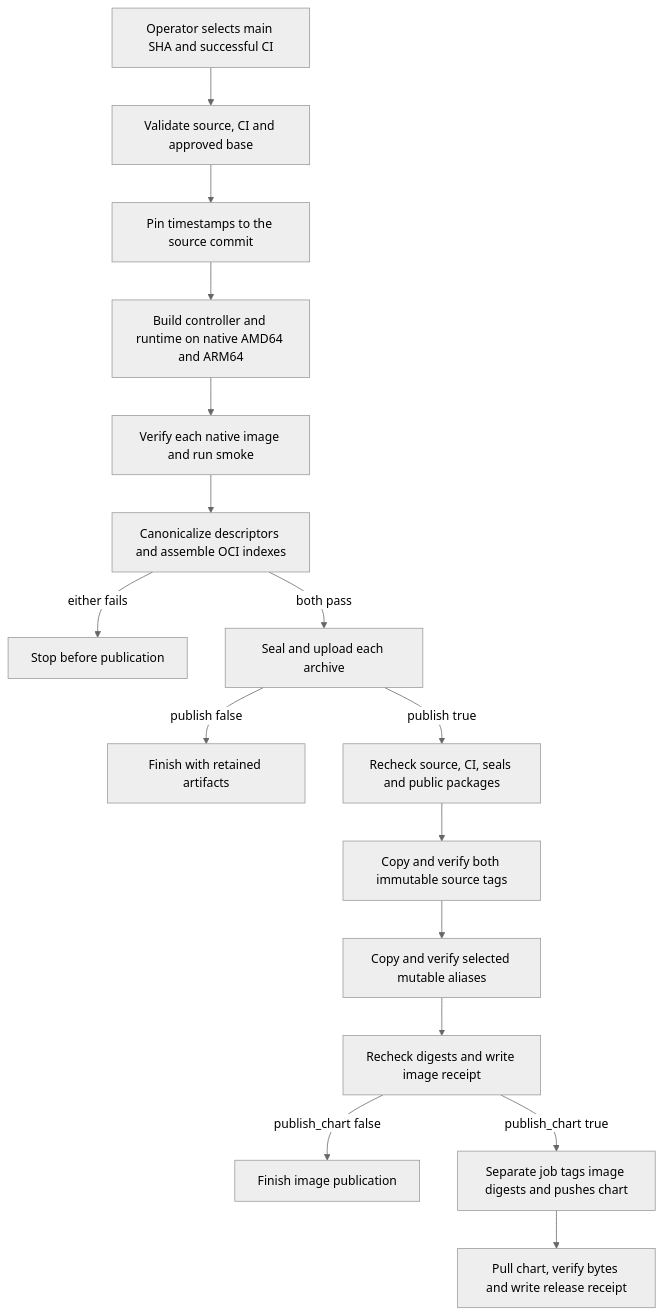
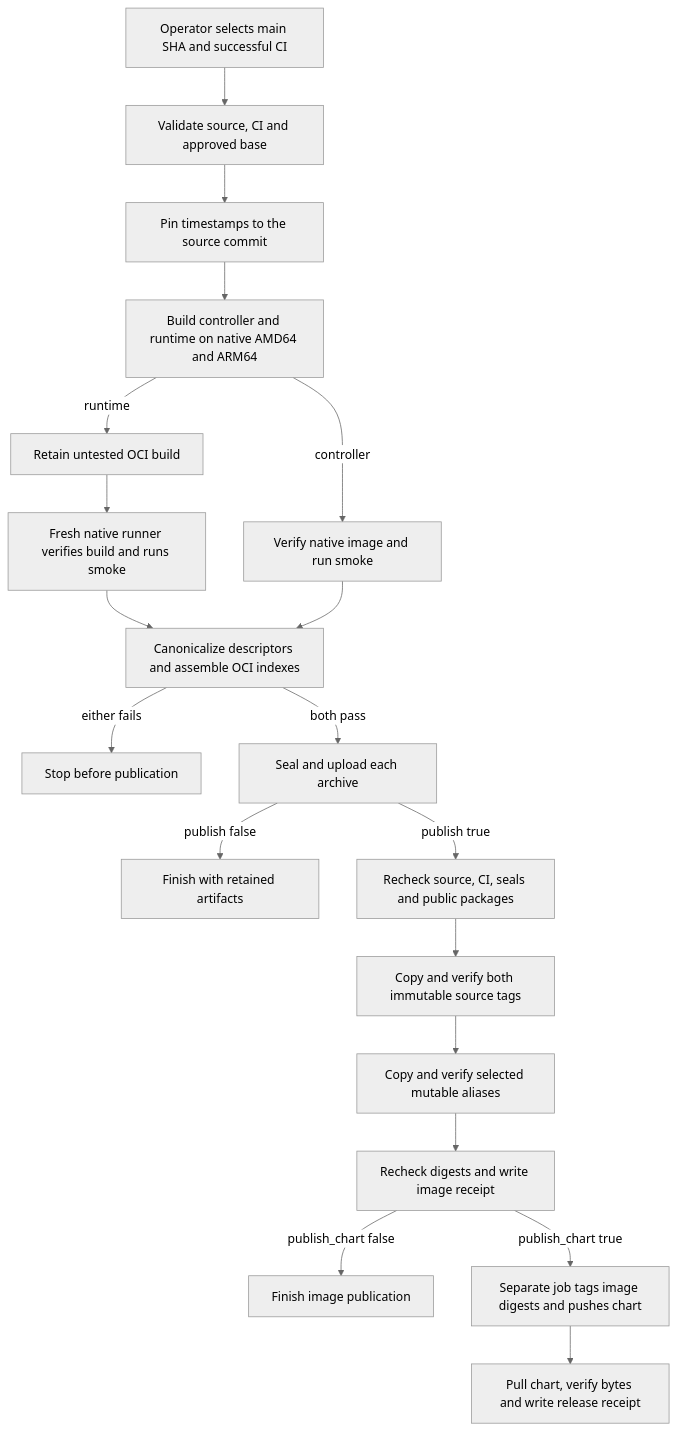
One commit to openclaw/openclaw-enterprise changed the diagram in docs/flows/container-publication.md. Above: the diagram before and after it, drawn with Mermaid (neutral theme). The commit also changed other lines of this file and 7 other files, not shown here.

Commit message:
fix(ci): smoke runtime images on fresh native runners

````diff
--- a/docs/flows/container-publication.md
+++ b/docs/flows/container-publication.md
@@ -32,18 +32,21 @@
 ```mermaid
 graph TD
   A["Operator selects main SHA and successful CI"] --> B["Validate source, CI and approved base"]
   B --> C["Pin timestamps to the source commit"]
   C --> D["Build controller and runtime on native AMD64 and ARM64"]
-  D --> E["Verify each native image and run smoke"]
+  D -->|controller| E["Verify native image and run smoke"]
+  D -->|runtime| R["Retain untested OCI build"]
+  R --> S["Fresh native runner verifies build and runs smoke"]
+  S --> H
   E --> H["Canonicalize descriptors and assemble OCI indexes"]
   H -->|either fails| X["Stop before publication"]
   H -->|both pass| F["Seal and upload each archive"]
   F -->|publish false| G["Finish with retained artifacts"]
   F -->|publish true| I["Recheck source, CI, seals and public packages"]
   I --> J["Copy and verify both immutable source tags"]
   J --> K["Copy and verify selected mutable aliases"]
   K --> L["Recheck digests and write image receipt"]
   L -->|publish_chart false| O["Finish image publication"]
   L -->|publish_chart true| M["Separate job tags image digests and pushes chart"]
   M --> N["Pull chart, verify bytes and write release receipt"]
 ```
````
